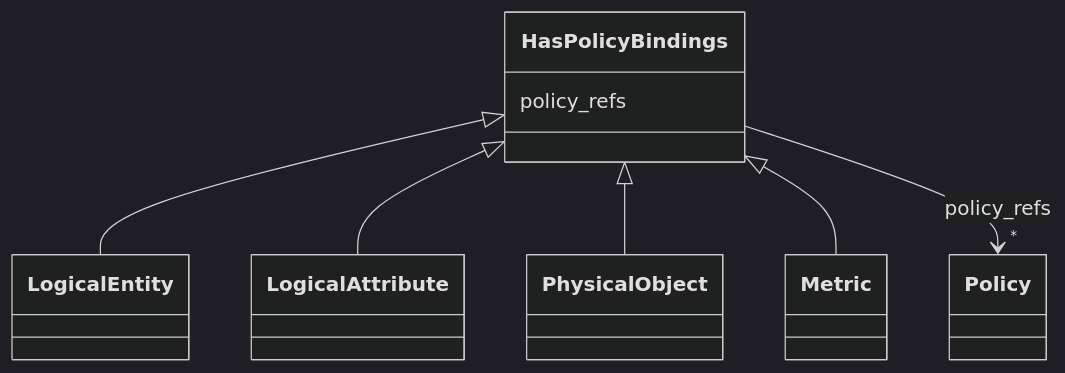
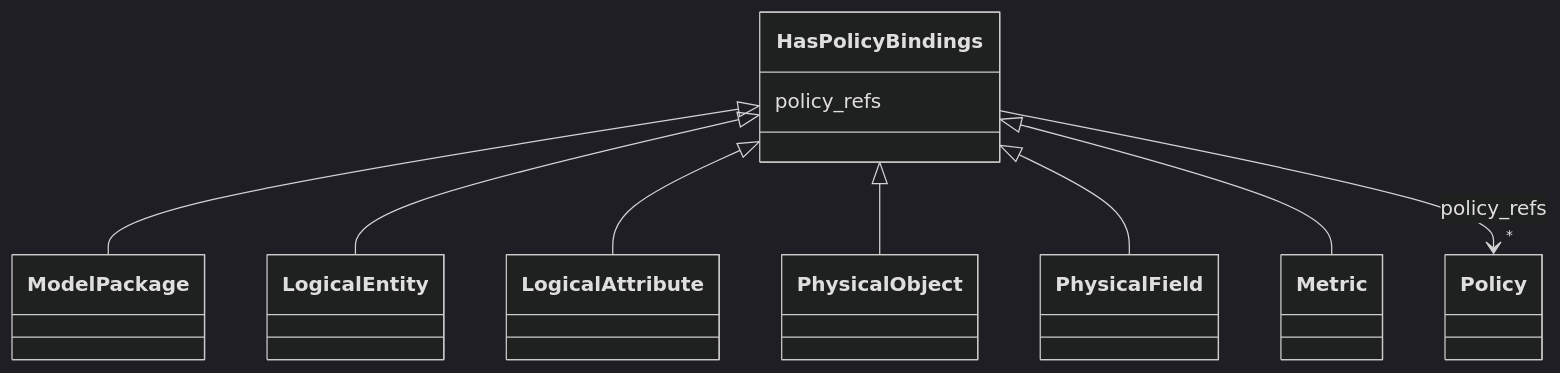
Before and after one commit to oista/moex-data-model: the diagram in generated/artifacts/moex-dams/0.1/diagrams/HasPolicyBindings.md, drawn with Mermaid (dark theme). The commit also changed 100 other files, not shown here.

First line of the commit message:
Enhance diagram command to support Mermaid erDiagram output

````diff
--- a/generated/artifacts/moex-dams/0.1/diagrams/HasPolicyBindings.md
+++ b/generated/artifacts/moex-dams/0.1/diagrams/HasPolicyBindings.md
@@ -4,26 +4,30 @@
 ```mermaid
  classDiagram
     class HasPolicyBindings
     click HasPolicyBindings href "../HasPolicyBindings"
+      HasPolicyBindings <|-- ModelPackage
+        click ModelPackage href "../ModelPackage"
       HasPolicyBindings <|-- LogicalEntity
         click LogicalEntity href "../LogicalEntity"
       HasPolicyBindings <|-- LogicalAttribute
         click LogicalAttribute href "../LogicalAttribute"
       HasPolicyBindings <|-- PhysicalObject
         click PhysicalObject href "../PhysicalObject"
+      HasPolicyBindings <|-- PhysicalField
+        click PhysicalField href "../PhysicalField"
       HasPolicyBindings <|-- Metric
         click Metric href "../Metric"
       
       HasPolicyBindings : policy_refs
         
           
     
         
         
         HasPolicyBindings --> "*" Policy : policy_refs
         click Policy href "../Policy"
     
 
         
       
 ```
````
